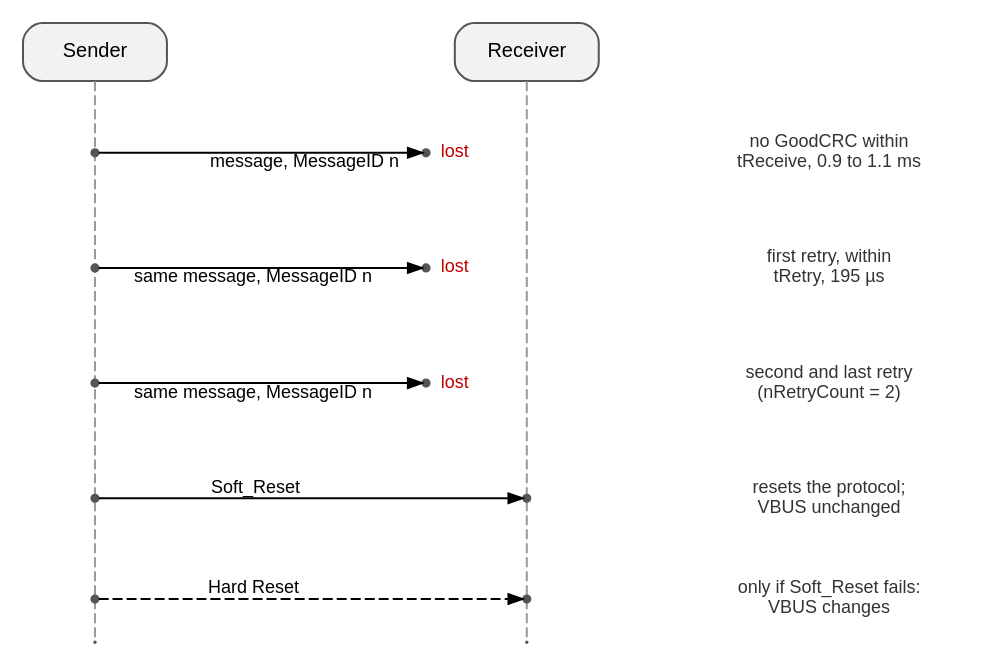
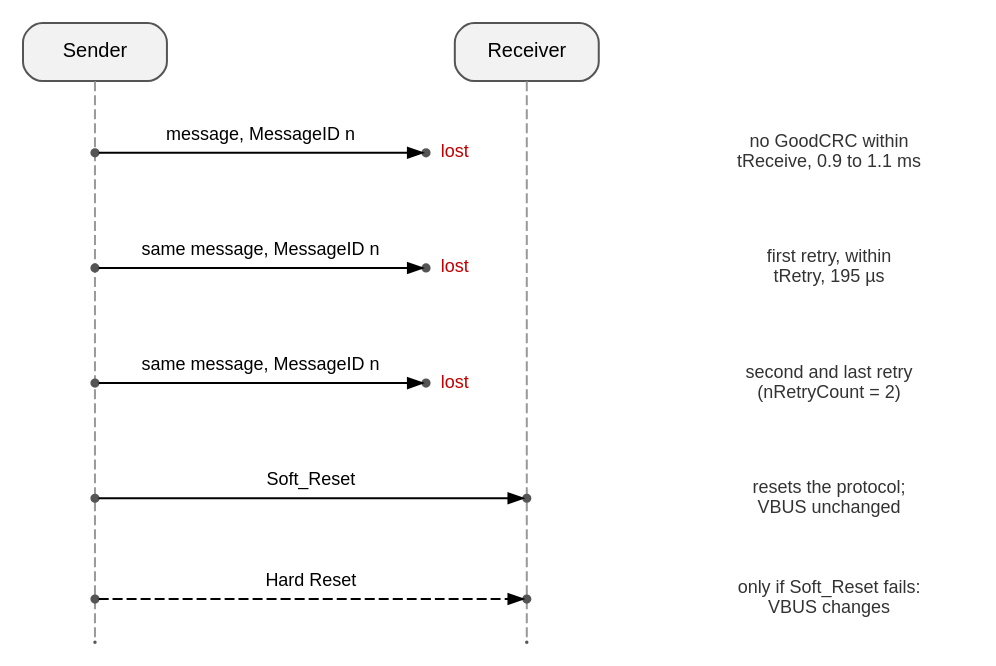
Before and after one commit to mithro/evampire: the diagram in docs/power/usb-pd/retries.dot, drawn with Graphviz. The commit also changed 2 other files, not shown here.

```diff
--- a/docs/power/usb-pd/retries.dot
+++ b/docs/power/usb-pd/retries.dot
@@ -1,51 +1,55 @@
 // A message whose GoodCRC is lost: two retries with the same MessageID,
 // then Soft_Reset, then Hard Reset (negotiation.rst). Time runs from top to
 // bottom, not to scale.
 //
 // Fixed grid (positions in inches): sender at x=0.8, receiver at x=3.8,
 // notes at x=5.9; one row per attempt from y=3.6 down to y=0.5.
 //
 // SPDX-License-Identifier: Apache-2.0
 
 digraph retries {
     graph [layout=neato, splines=false, overlap=true, fontname="Helvetica"];
     node  [shape=point, width=0.05, color="#555555", label=""];
     edge  [fontname="Helvetica", fontsize=9, arrowsize=0.7];
 
     snd [pos="0.8,4.3!", shape=box, style="rounded,filled",
          fillcolor="#f2f2f2", fontname="Helvetica", fontsize=10, width=1.0,
          height=0.4, label="Sender"];
     rcv [pos="3.8,4.3!", shape=box, style="rounded,filled",
          fillcolor="#f2f2f2", fontname="Helvetica", fontsize=10, width=1.0,
          height=0.4, label="Receiver"];
     s0 [pos="0.8,0.2!", width=0.01]; r0 [pos="3.8,0.2!", width=0.01];
 
     s1 [pos="0.8,3.6!"]; x1 [pos="3.1,3.6!"];
     s2 [pos="0.8,2.8!"]; x2 [pos="3.1,2.8!"];
     s3 [pos="0.8,2.0!"]; x3 [pos="3.1,2.0!"];
     s4 [pos="0.8,1.2!"]; r4 [pos="3.8,1.2!"];
     s5 [pos="0.8,0.5!"]; r5 [pos="3.8,0.5!"];
 
     node [shape=plaintext, width=0.4, height=0.2, fontname="Helvetica",
           fontsize=9, fontcolor="#c00000"];
     l1 [pos="3.3,3.6!", label="lost"];
     l2 [pos="3.3,2.8!", label="lost"];
     l3 [pos="3.3,2.0!", label="lost"];
 
+    node [width=2.0, height=0.2, fontcolor="#000000"];
+    m1 [pos="1.95,3.72!", label="message, MessageID n"];
+    m2 [pos="1.95,2.92!", label="same message, MessageID n"];
+    m3 [pos="1.95,2.12!", label="same message, MessageID n"];
+    m4 [pos="2.3,1.32!", label="Soft_Reset"];
+    m5 [pos="2.3,0.62!", label="Hard Reset"];
+
     node [width=2.0, height=0.5, fontcolor="#333333"];
     n1 [pos="5.9,3.6!", label="no GoodCRC within\ntReceive, 0.9 to 1.1 ms"];
     n2 [pos="5.9,2.8!", label="first retry, within\ntRetry, 195 µs"];
     n3 [pos="5.9,2.0!", label="second and last retry\n(nRetryCount = 2)"];
     n4 [pos="5.9,1.2!", label="resets the protocol;\nVBUS unchanged"];
     n5 [pos="5.9,0.5!", label="only if Soft_Reset fails:\nVBUS changes"];
 
     edge [arrowhead=none, style=dashed, color="#999999"];
     snd -> s0; rcv -> r0;
 
     edge [arrowhead=normal, style=solid, color="#000000"];
-    s1 -> x1 [label="message, MessageID n"];
-    s2 -> x2 [label="same message, MessageID n"];
-    s3 -> x3 [label="same message, MessageID n"];
-    s4 -> r4 [label="Soft_Reset"];
-    s5 -> r5 [label="Hard Reset", style=dashed];
+    s1 -> x1; s2 -> x2; s3 -> x3; s4 -> r4;
+    s5 -> r5 [style=dashed];
 }
```
